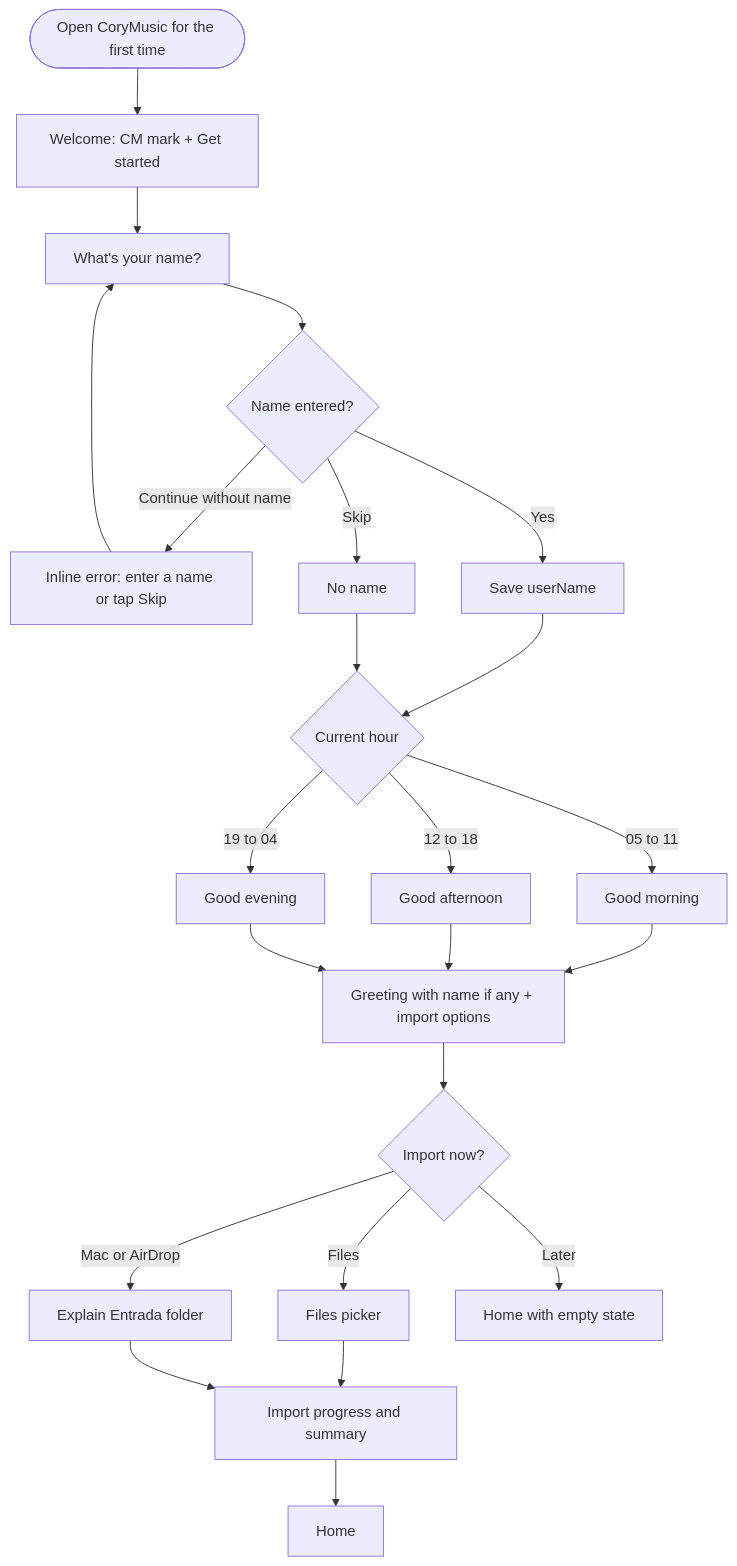
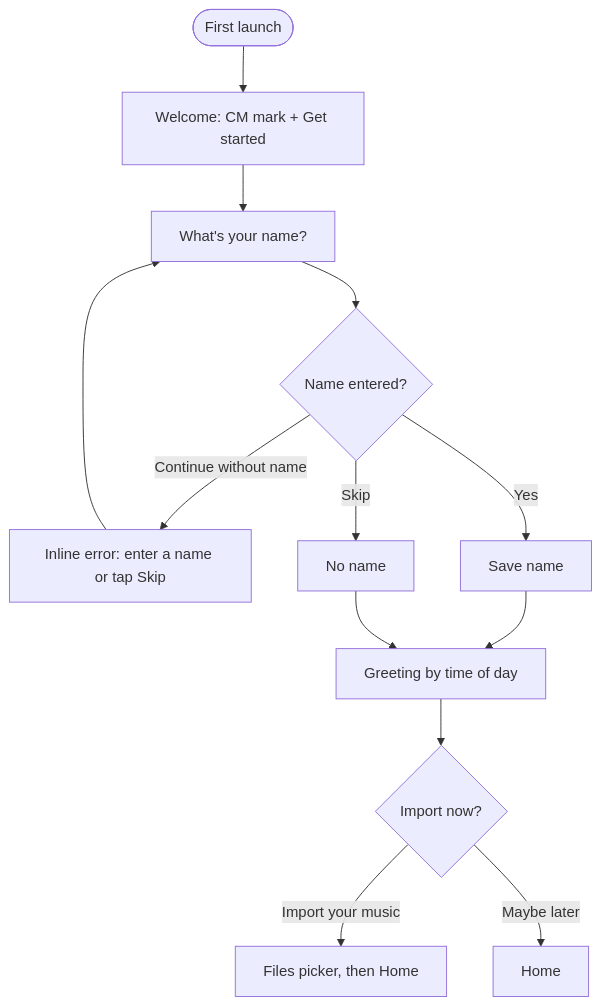
One commit to sabrinasalomon/CoryMusic changed the second of 6 diagrams in docs/USER_FLOWS.md. Above: the diagram before and after it, drawn with Mermaid. The commit also changed other lines of this file and 68 other files, not shown here.

````diff
--- a/docs/USER_FLOWS.md
+++ b/docs/USER_FLOWS.md
@@ -55,21 +38,14 @@
 ```mermaid
 flowchart TD
-    A([Open CoryMusic for the first time]) --> B[Welcome: CM mark + Get started]
+    A([First launch]) --> B[Welcome: CM mark + Get started]
     B --> C[What's your name?]
     C --> D{Name entered?}
     D -- Continue without name --> E[Inline error: enter a name or tap Skip]
     E --> C
-    D -- Yes --> F[Save userName]
+    D -- Yes --> F[Save name]
     D -- Skip --> G[No name]
-    F & G --> H{Current hour}
-    H -- 05 to 11 --> I1[Good morning]
-    H -- 12 to 18 --> I2[Good afternoon]
-    H -- 19 to 04 --> I3[Good evening]
-    I1 & I2 & I3 --> J[Greeting with name if any + import options]
-    J --> K{Import now?}
-    K -- Files --> L[Files picker]
-    K -- Mac or AirDrop --> M[Explain Entrada folder]
-    K -- Later --> N[Home with empty state]
-    L & M --> O[Import progress and summary]
-    O --> P[Home]
+    F & G --> H[Greeting by time of day]
+    H --> I{Import now?}
+    I -- Import your music --> J[Files picker, then Home]
+    I -- Maybe later --> K[Home]
 ```
````
